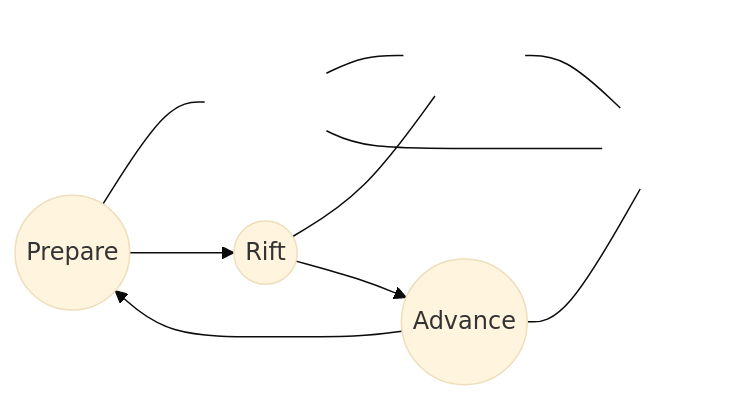
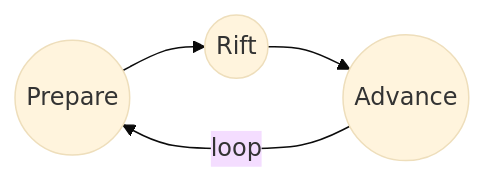
The first of 2 diagrams in website/docs/design/GameDesignDocument.mdx (Wanderers-Of-The-Rift/wotr-docs), drawn with Mermaid (base theme) before and after one commit.

Commit message:
style: Core Loop Style Change feat: n/a refactor: n/a fix: n/a

````diff
--- a/website/docs/design/GameDesignDocument.mdx
+++ b/website/docs/design/GameDesignDocument.mdx
@@ -68,18 +68,6 @@
 ```mermaid
 flowchart LR
-  classDef invis fill:transparent,stroke-width:0,color:transparent;
-  A1:::invis --- B1:::invis --- C1:::invis --- A1
-
-  A((Prepare))
-  B((Rift))
-  C((Advance))
-
-  A --- A1
-  B --- B1
-  C --- C1
-
-  A --> B
-  B --> C
-  C --> A
+    A((Prepare)) --> B((Rift)) --> C((Advance))
+    C -->|loop| A
 
 ```
````
